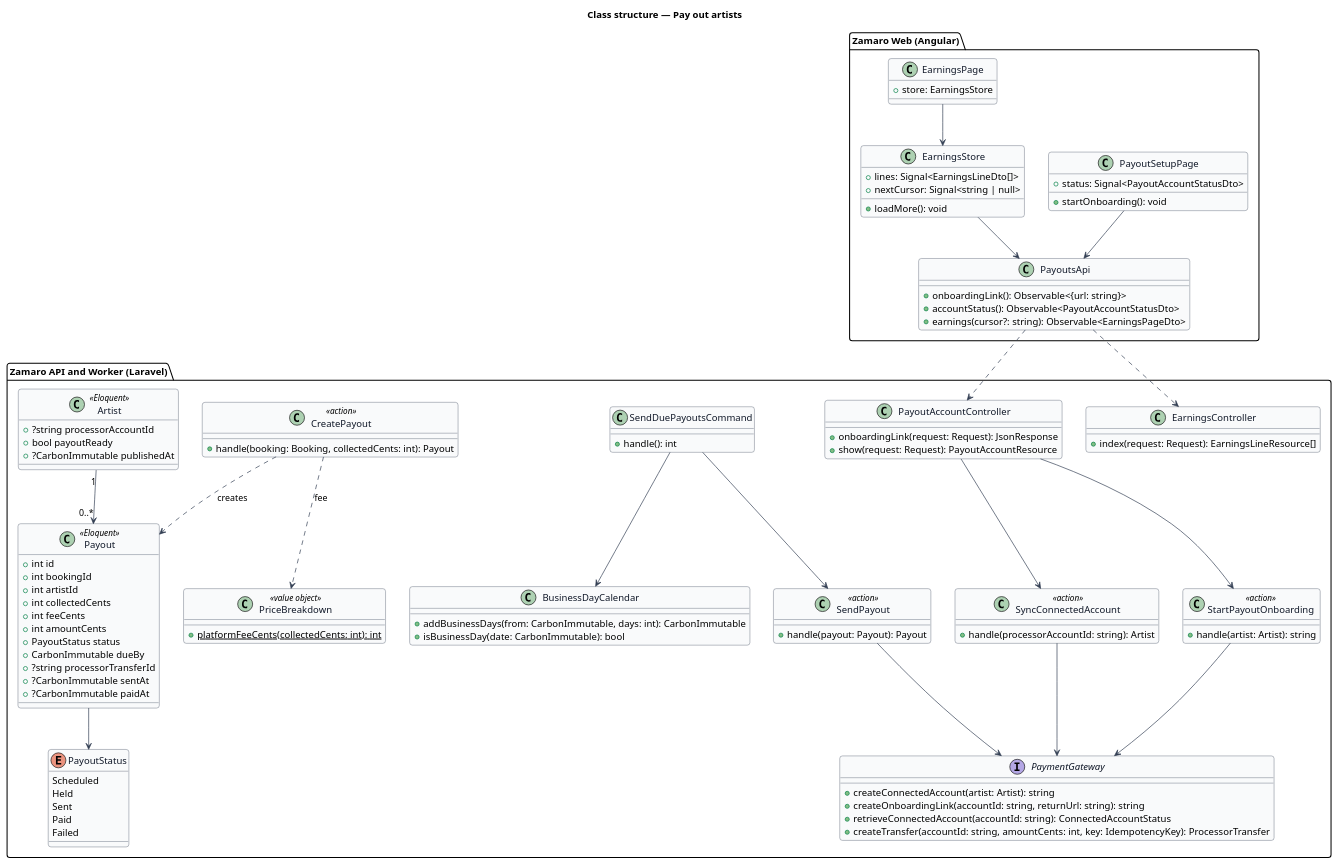
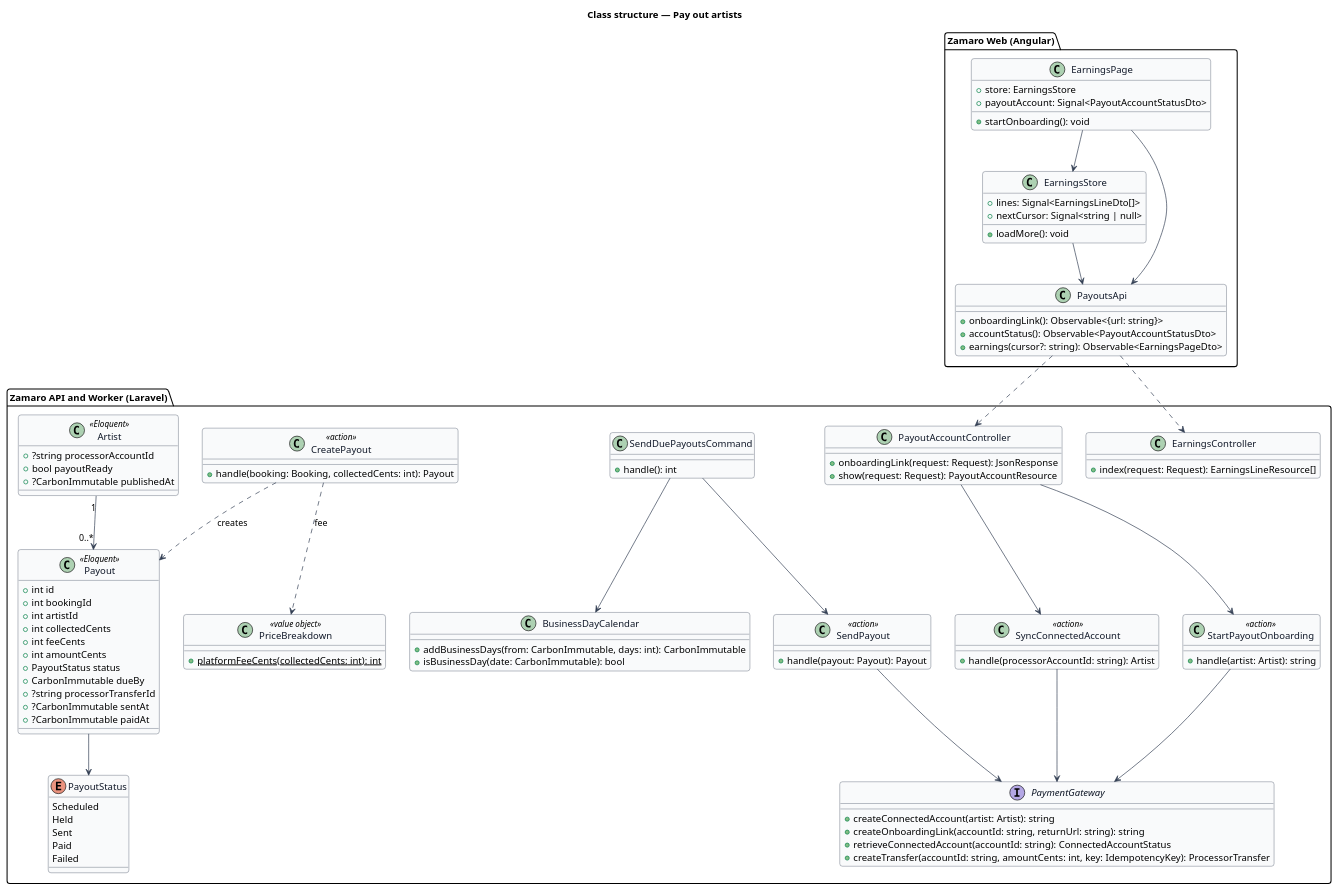
The diagram in docs/detailed-designs/payments/pay-out-artists/diagrams/class-structure.puml (QuinntyneBrown/zamaro), drawn with PlantUML before and after one commit. The commit also changed 379 other files, not shown here.

```diff
--- a/docs/detailed-designs/payments/pay-out-artists/diagrams/class-structure.puml
+++ b/docs/detailed-designs/payments/pay-out-artists/diagrams/class-structure.puml
@@ -1,115 +1,113 @@
 @startuml
 ' --- shared skin header ---
 skinparam backgroundColor #FFFFFF
 skinparam shadowing false
 skinparam roundcorner 8
 skinparam defaultFontName Arial
 skinparam ArrowColor #344054
 skinparam class {
   BorderColor #344054
   FontColor #101828
   BackgroundColor #F9FAFB
 }
 ' --------------------------
 title Class structure — Pay out artists
 
 package "Zamaro Web (Angular)" {
-  class PayoutSetupPage {
-    +status: Signal<PayoutAccountStatusDto>
-    +startOnboarding(): void
-  }
   class EarningsPage {
     +store: EarningsStore
+    +payoutAccount: Signal<PayoutAccountStatusDto>
+    +startOnboarding(): void
   }
   class EarningsStore {
     +lines: Signal<EarningsLineDto[]>
     +nextCursor: Signal<string | null>
     +loadMore(): void
   }
   class PayoutsApi {
     +onboardingLink(): Observable<{url: string}>
     +accountStatus(): Observable<PayoutAccountStatusDto>
     +earnings(cursor?: string): Observable<EarningsPageDto>
   }
 }
 
 package "Zamaro API and Worker (Laravel)" {
   class PayoutAccountController {
     +onboardingLink(request: Request): JsonResponse
     +show(request: Request): PayoutAccountResource
   }
   class EarningsController {
     +index(request: Request): EarningsLineResource[]
   }
   class StartPayoutOnboarding <<action>> {
     +handle(artist: Artist): string
   }
   class SyncConnectedAccount <<action>> {
     +handle(processorAccountId: string): Artist
   }
   class CreatePayout <<action>> {
     +handle(booking: Booking, collectedCents: int): Payout
   }
   class SendDuePayoutsCommand {
     +handle(): int
   }
   class SendPayout <<action>> {
     +handle(payout: Payout): Payout
   }
   class BusinessDayCalendar {
     +addBusinessDays(from: CarbonImmutable, days: int): CarbonImmutable
     +isBusinessDay(date: CarbonImmutable): bool
   }
   class Payout <<Eloquent>> {
     +int id
     +int bookingId
     +int artistId
     +int collectedCents
     +int feeCents
     +int amountCents
     +PayoutStatus status
     +CarbonImmutable dueBy
     +?string processorTransferId
     +?CarbonImmutable sentAt
     +?CarbonImmutable paidAt
   }
   class Artist <<Eloquent>> {
     +?string processorAccountId
     +bool payoutReady
     +?CarbonImmutable publishedAt
   }
   enum PayoutStatus {
     Scheduled
     Held
     Sent
     Paid
     Failed
   }
   interface PaymentGateway {
     +createConnectedAccount(artist: Artist): string
     +createOnboardingLink(accountId: string, returnUrl: string): string
     +retrieveConnectedAccount(accountId: string): ConnectedAccountStatus
     +createTransfer(accountId: string, amountCents: int, key: IdempotencyKey): ProcessorTransfer
   }
   class PriceBreakdown <<value object>> {
     +{static} platformFeeCents(collectedCents: int): int
   }
 }
 
-PayoutSetupPage --> PayoutsApi
+EarningsPage --> PayoutsApi
 EarningsPage --> EarningsStore
 EarningsStore --> PayoutsApi
 PayoutsApi ..> PayoutAccountController
 PayoutsApi ..> EarningsController
 PayoutAccountController --> StartPayoutOnboarding
 PayoutAccountController --> SyncConnectedAccount
 StartPayoutOnboarding --> PaymentGateway
 SyncConnectedAccount --> PaymentGateway
 CreatePayout ..> PriceBreakdown : fee
 CreatePayout ..> Payout : creates
 SendDuePayoutsCommand --> BusinessDayCalendar
 SendDuePayoutsCommand --> SendPayout
 SendPayout --> PaymentGateway
 Artist "1" --> "0..*" Payout
 Payout --> PayoutStatus
 @enduml
```
